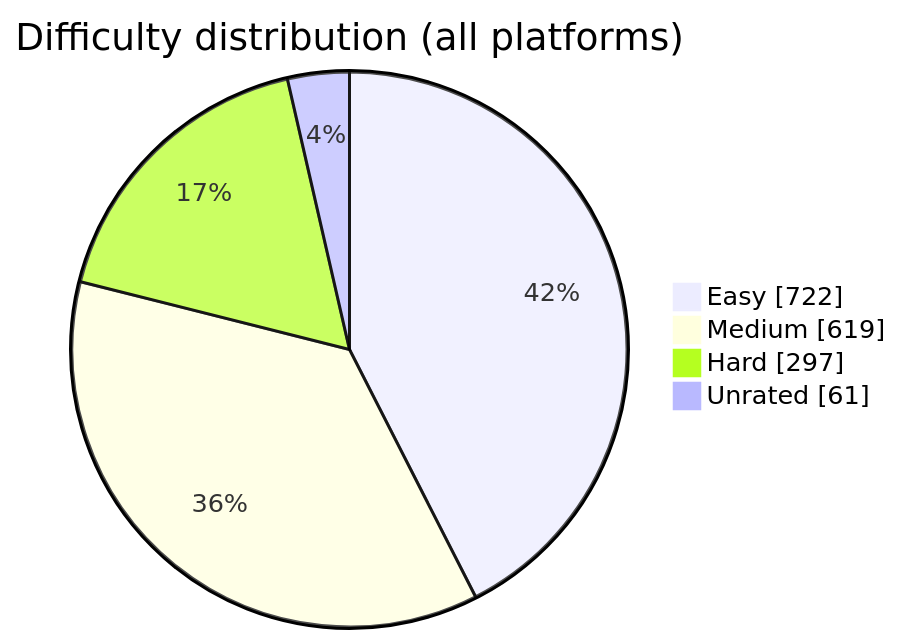
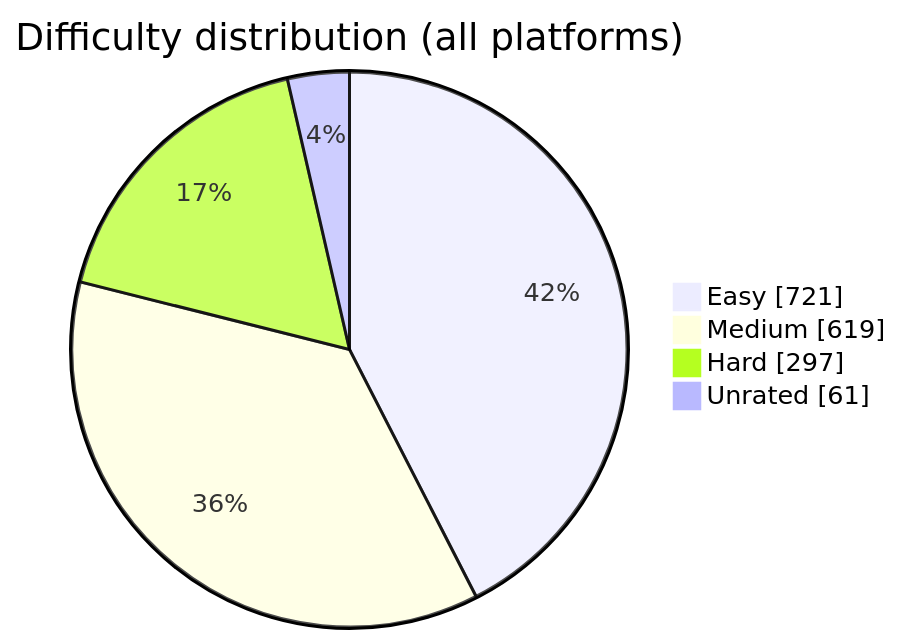
The diagram in README.md (BuildbyArindam/Daily-Coding-Log), drawn with Mermaid before and after one commit. The commit also changed other lines of this file, not shown here.

````diff
--- a/README.md
+++ b/README.md
@@ -93,7 +93,7 @@
 ```mermaid
 pie showData title Difficulty distribution (all platforms)
-    "Easy" : 722
+    "Easy" : 721
     "Medium" : 619
     "Hard" : 297
     "Unrated" : 61
 ```
````
